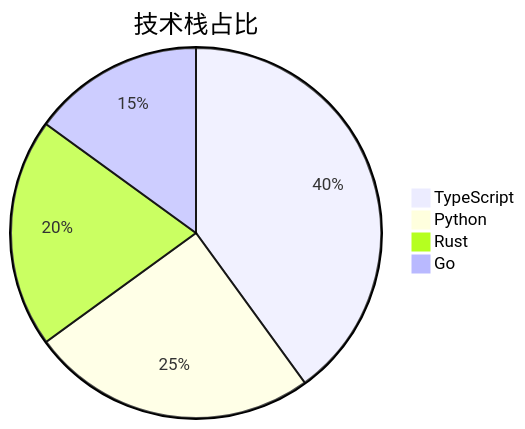
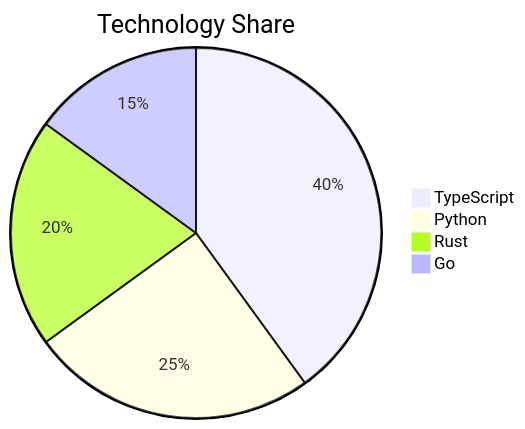
Before and after one commit to nx-fi/gitomi: the fifth of 7 diagrams in cli/tests/TEST_MARKDOWN.md, drawn with Mermaid. The commit also changed other lines of this file and 6 other files, not shown here.

````diff
--- a/cli/tests/TEST_MARKDOWN.md
+++ b/cli/tests/TEST_MARKDOWN.md
@@ -474,7 +528,7 @@
 ```mermaid
-pie title 技术栈占比
+pie title Technology Share
     "TypeScript" : 40
     "Python" : 25
     "Rust" : 20
     "Go" : 15
 ```
````
